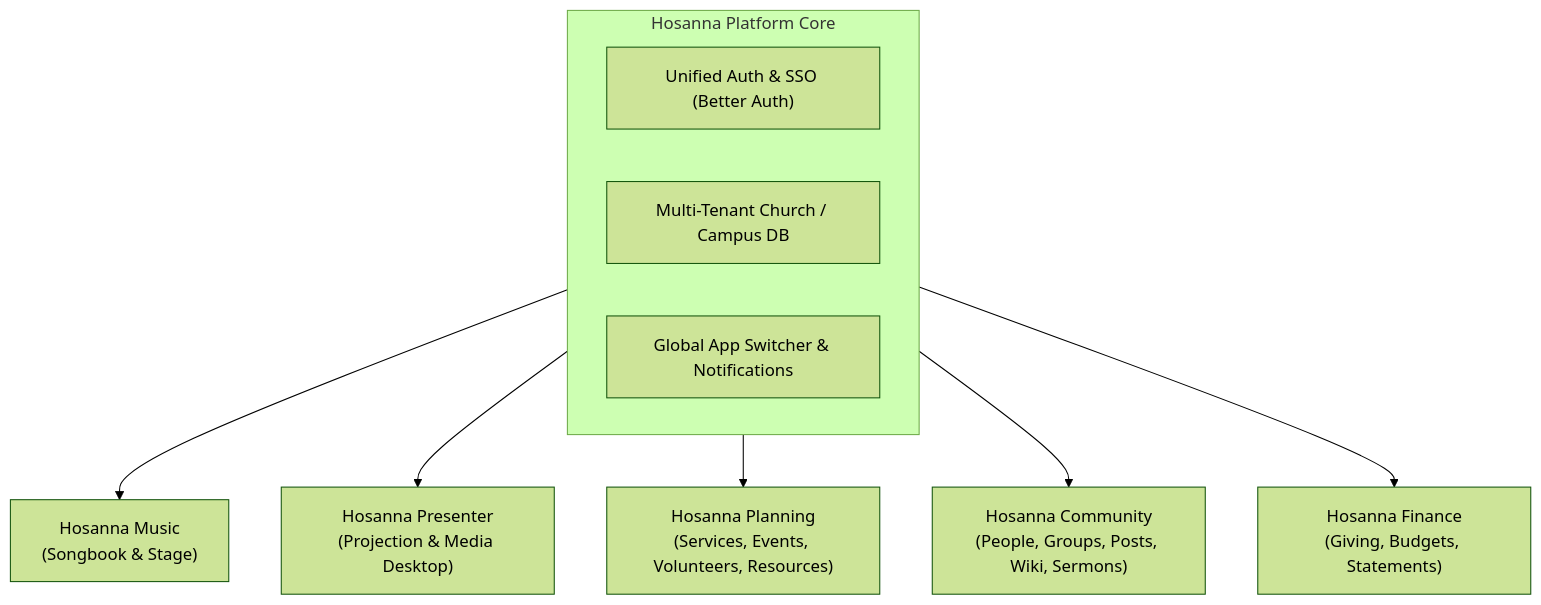
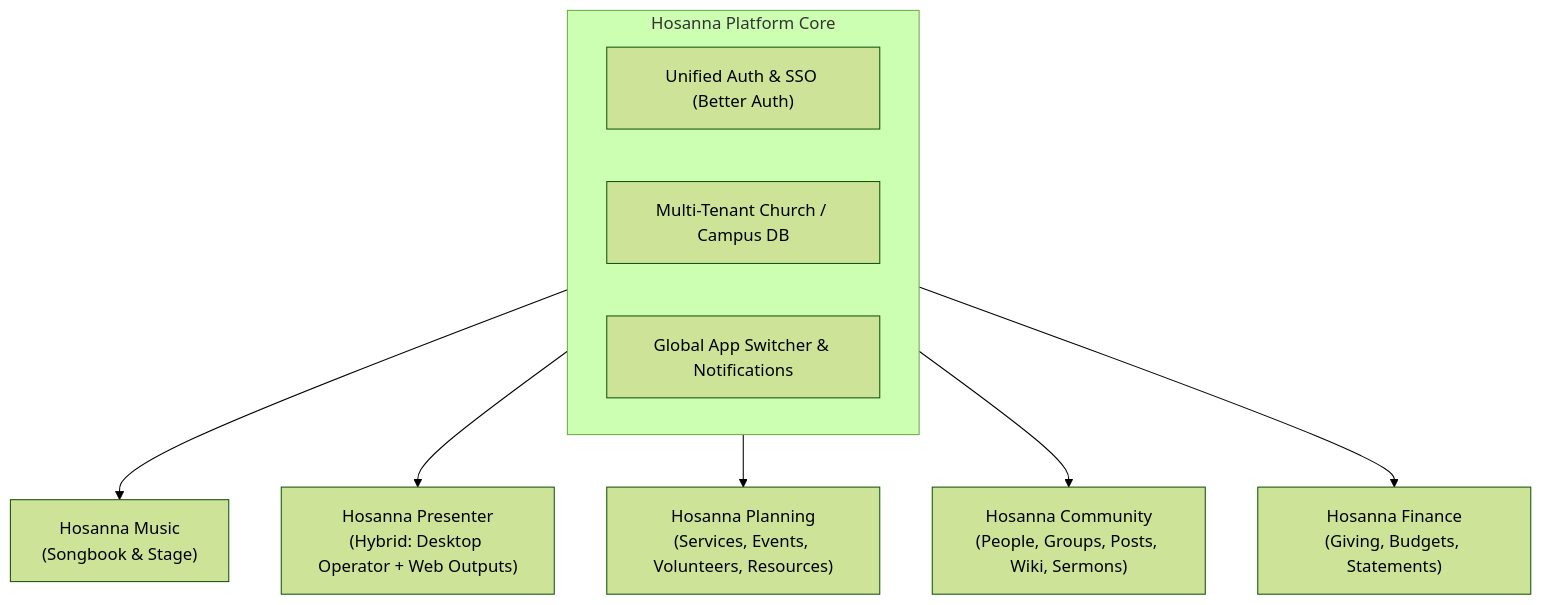
Before and after one commit to Apoll011/hosanna-suite: the first of 6 diagrams in docs/FUTURE_DIRECTION.md, drawn with Mermaid (forest theme). The commit also changed other lines of this file, not shown here.

Commit message:
feat: update Hosanna Presenter description to reflect hybrid architecture and capabilities

````diff
--- a/docs/FUTURE_DIRECTION.md
+++ b/docs/FUTURE_DIRECTION.md
@@ -9,14 +9,14 @@
 ```mermaid
 flowchart TD
     subgraph PlatformCore ["Hosanna Platform Core"]
         Auth["Unified Auth & SSO (Better Auth)"]
         Org["Multi-Tenant Church / Campus DB"]
         Switcher["Global App Switcher & Notifications"]
     end
 
     PlatformCore --> Music["Hosanna Music\n(Songbook & Stage)"]
-    PlatformCore --> Presenter["Hosanna Presenter\n(Projection & Media Desktop)"]
+        PlatformCore --> Presenter["Hosanna Presenter\n(Hybrid: Desktop Operator + Web Outputs)"]
     PlatformCore --> Planning["Hosanna Planning\n(Services, Events, Volunteers, Resources)"]
     PlatformCore --> Community["Hosanna Community\n(People, Groups, Posts, Wiki, Sermons)"]
     PlatformCore --> Finance["Hosanna Finance\n(Giving, Budgets, Statements)"]
 ```
````
